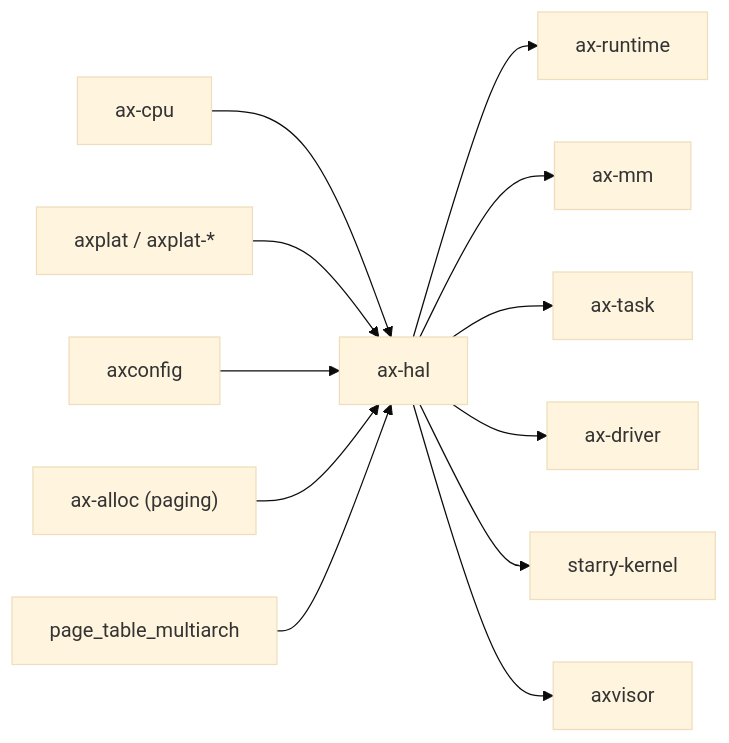
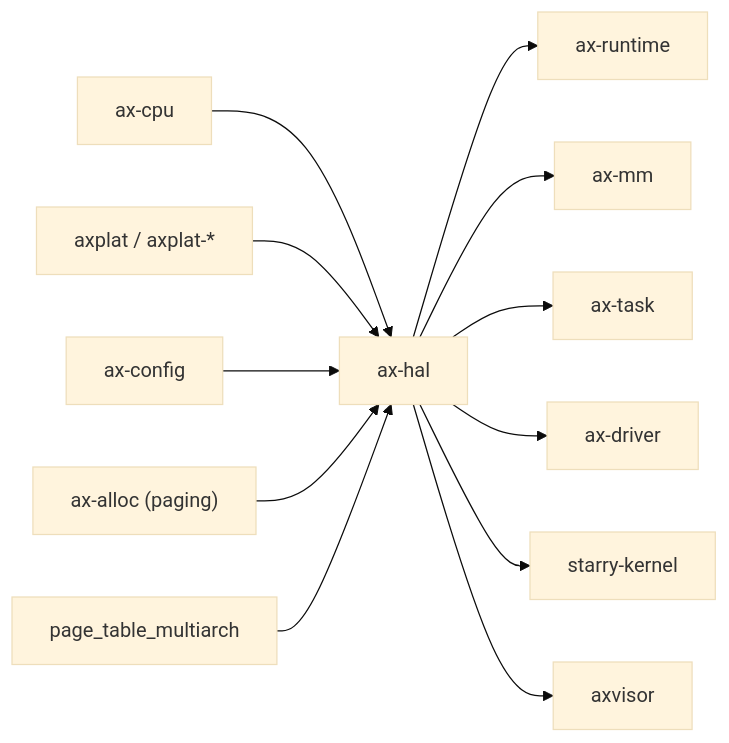
The second of 2 diagrams in docs/crates/ax-hal.md (zKurisu/tgoskits), drawn with Mermaid (base theme) before and after one commit. The commit also changed other lines of this file and 65 other files, not shown here.

Commit message:
rename axconfig to ax-config

````diff
--- a/docs/crates/ax-hal.md
+++ b/docs/crates/ax-hal.md
@@ -116,15 +116,15 @@
 ```mermaid
 graph LR
     ax-cpu["ax-cpu"] --> ax-hal["ax-hal"]
     axplat["axplat / axplat-*"] --> ax-hal
-    axconfig["axconfig"] --> ax-hal
+    axconfig["ax-config"] --> ax-hal
     ax-alloc["ax-alloc (paging)"] --> ax-hal
     page_table["page_table_multiarch"] --> ax-hal
 
     ax-hal --> ax-runtime["ax-runtime"]
     ax-hal --> ax-mm["ax-mm"]
     ax-hal --> ax-task["ax-task"]
     ax-hal --> ax-driver["ax-driver"]
     ax-hal --> starry["starry-kernel"]
     ax-hal --> axvisor["axvisor"]
 ```
````
